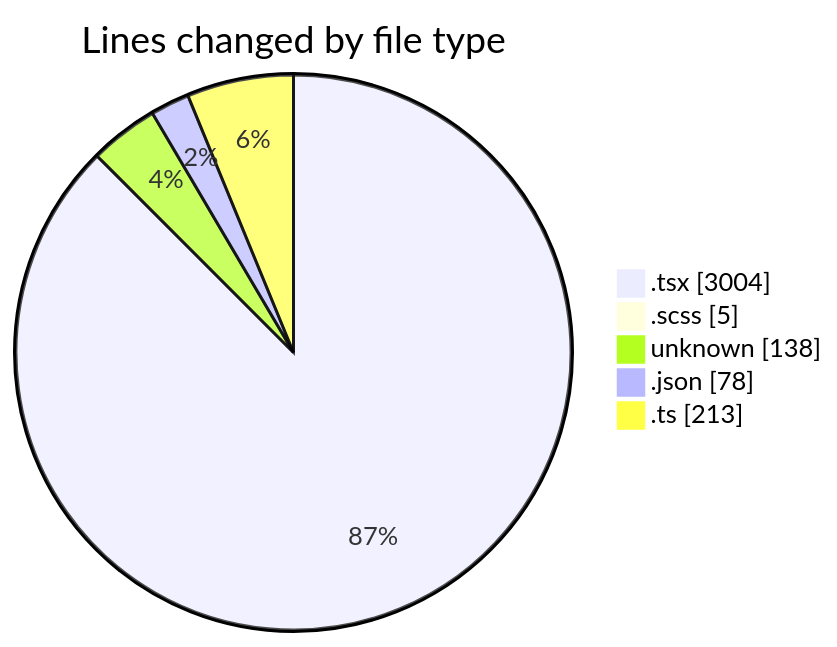
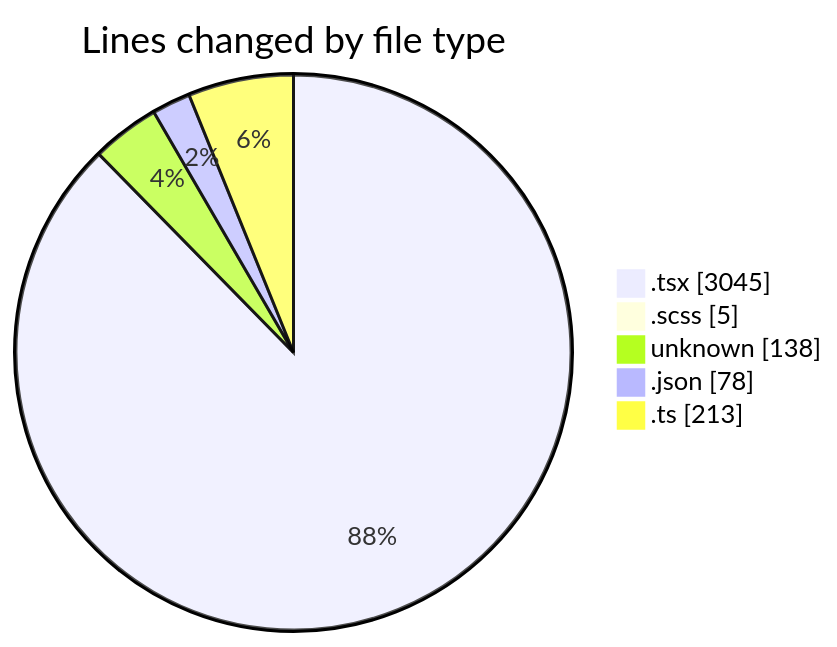
The first of 2 diagrams in 2026-10-13/cda/README.md (momahboobian/code-tracking), drawn with Mermaid before and after one commit. The commit also changed other lines of this file and 1 other file, not shown here.

````diff
--- a/2026-10-13/cda/README.md
+++ b/2026-10-13/cda/README.md
@@ -39,9 +40,9 @@
 ```mermaid
 pie showData
 title Lines changed by file type
-".tsx" : 3004
+".tsx" : 3045
 ".scss" : 5
 "unknown" : 138
 ".json" : 78
 ".ts" : 213
 ```
````
